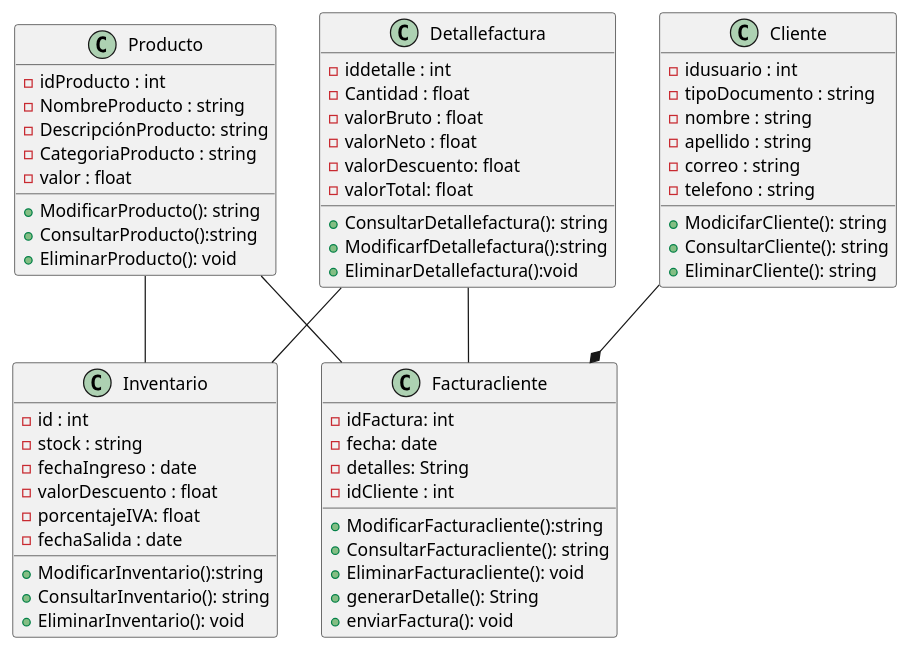
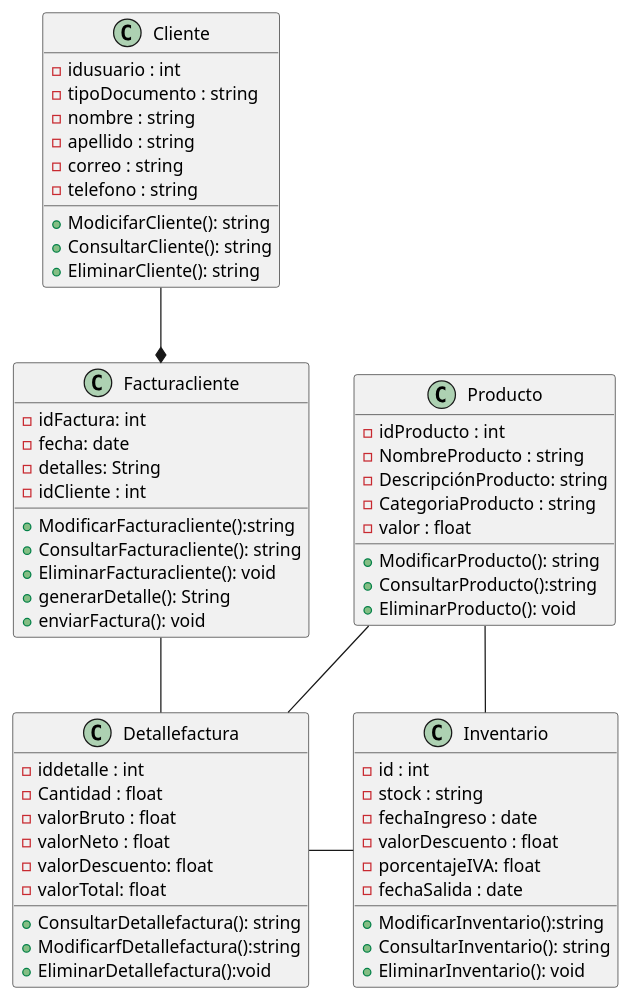
Before and after one commit to JerssonF/AN-LISIS-DE-SISTEMAS: the diagram in PARCIAL/Diagrama_de_clases/Clases.wsd, drawn with PlantUML.

```diff
--- a/PARCIAL/Diagrama_de_clases/Clases.wsd
+++ b/PARCIAL/Diagrama_de_clases/Clases.wsd
@@ -1,68 +1,68 @@
 @startuml Parcial 
 
 class Cliente {
     - idusuario : int
     - tipoDocumento : string
     - nombre : string 
     - apellido : string
     - correo : string 
     - telefono : string
     + ModicifarCliente(): string
     + ConsultarCliente(): string
     + EliminarCliente(): string
 }
 
 class Facturacliente{
     - idFactura: int
     - fecha: date
     - detalles: String
     - idCliente : int
     + ModificarFacturacliente():string
     + ConsultarFacturacliente(): string
     + EliminarFacturacliente(): void
     + generarDetalle(): String
     + enviarFactura(): void
 }
 
 class Detallefactura{
     - iddetalle : int 
     - Cantidad : float 
     - valorBruto : float
     - valorNeto : float
     - valorDescuento: float
     - valorTotal: float
     + ConsultarDetallefactura(): string
     + ModificarfDetallefactura():string
     + EliminarDetallefactura():void
 }
 
 class Producto{
     -idProducto : int
     - NombreProducto : string
     - DescripciónProducto: string
     - CategoriaProducto : string
     - valor : float
     + ModificarProducto(): string
     + ConsultarProducto():string
     + EliminarProducto(): void
 }
 
 class Inventario{
     - id : int
     - stock : string
     - fechaIngreso : date
     - valorDescuento : float
     -porcentajeIVA: float
     - fechaSalida : date
     + ModificarInventario():string
     + ConsultarInventario(): string
     + EliminarInventario(): void
 }
 Cliente --* Facturacliente
-Detallefactura -- Facturacliente
+Facturacliente -- Detallefactura
 Detallefactura-Inventario
-Producto -- Facturacliente
+Producto -- Detallefactura
 Producto -- Inventario
 
 
 @enduml
```
